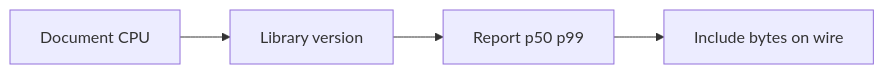
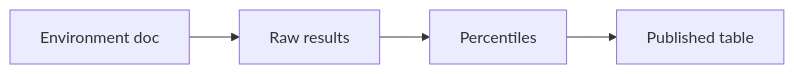
Before and after one commit to kalyogyogi-ui/Ai-check-: the second of 2 diagrams in manuscript/chapters/17-performance.md, drawn with Mermaid. The commit also changed other lines of this file and 31 other files, not shown here.

First line of the commit message:
Fix figure placement: in-section after intro text, repair corrupted headings

````diff
--- a/manuscript/chapters/17-performance.md
+++ b/manuscript/chapters/17-performance.md
@@ -74,6 +164,6 @@
 ```mermaid
 flowchart LR
-  HW[Document CPU] --> LIB[Library version]
-  LIB --> PCT[Report p50 p99]
-  PCT --> NET[Include bytes on wire]
+  ENV[Environment doc] --> RUN[Raw results]
+  RUN --> PCT[Percentiles]
+  PCT --> PUB[Published table]
 ```
````
